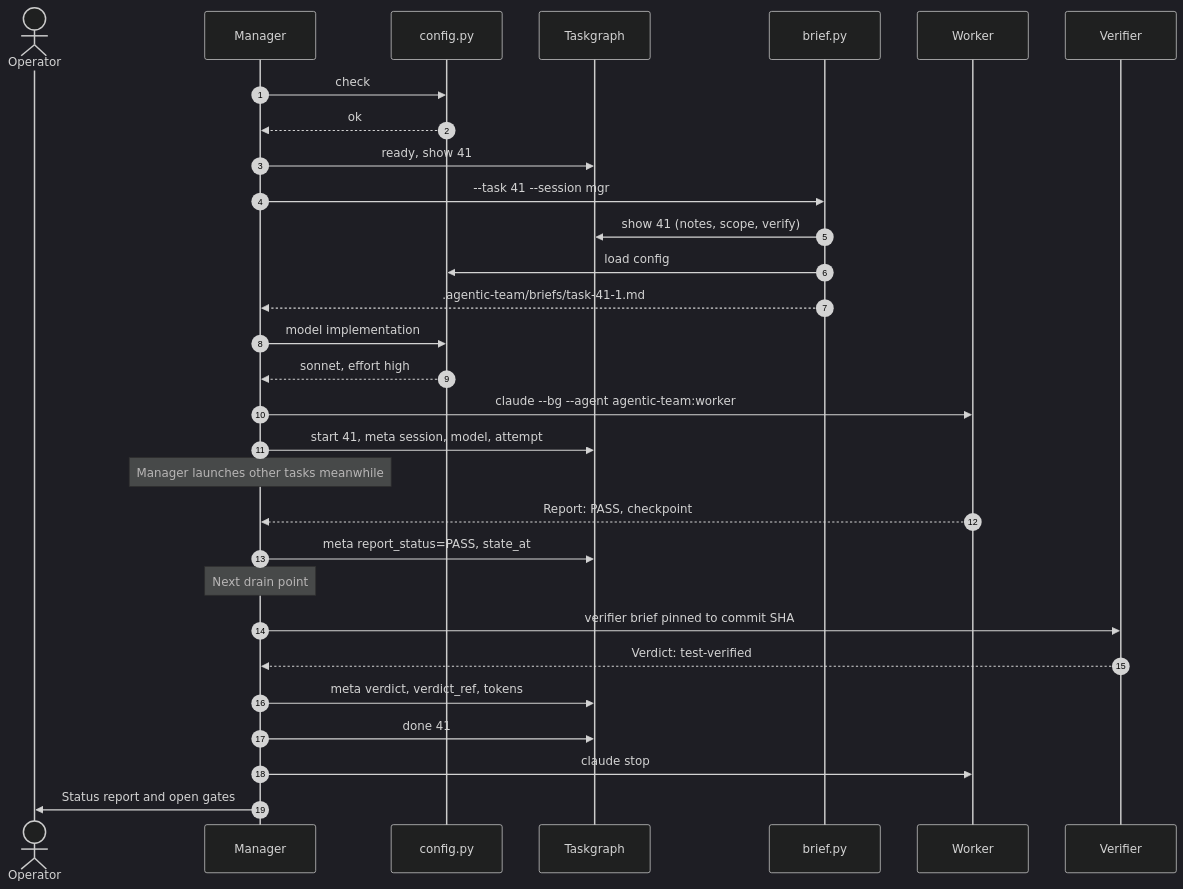
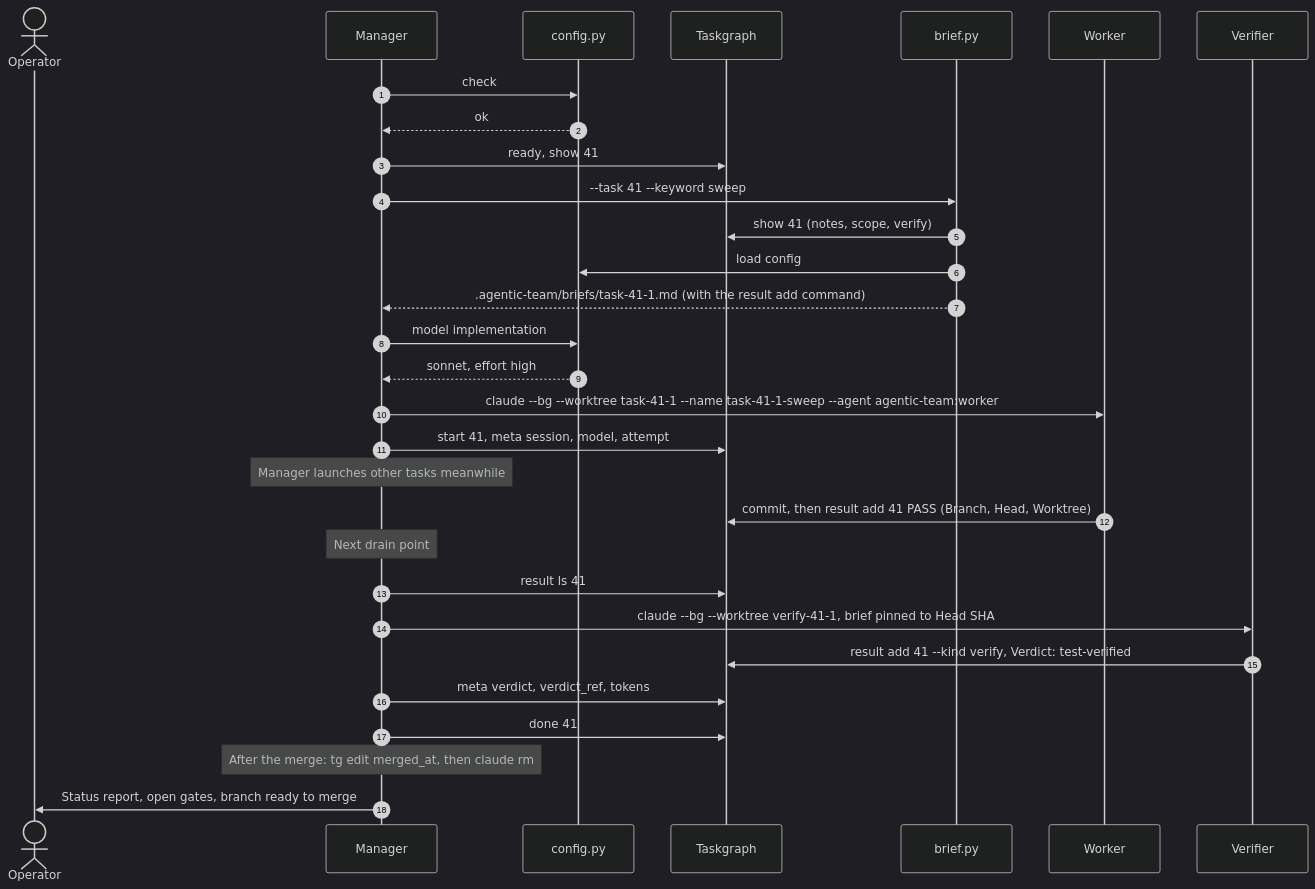
One commit to ronicayu/ronica-skills changed the diagram in plugins/agentic-team/assets/diagrams/sequence.mmd. Above: the diagram before and after it, drawn with Mermaid (dark theme). The commit also changed 35 other files, not shown here.

First line of the commit message:
agentic-team: isolate workers in worktrees, report through tg result (#12)

```diff
--- a/plugins/agentic-team/assets/diagrams/sequence.mmd
+++ b/plugins/agentic-team/assets/diagrams/sequence.mmd
@@ -1,31 +1,31 @@
 sequenceDiagram
   autonumber
   actor OP as Operator
   participant M as Manager
   participant C as config.py
   participant TG as Taskgraph
   participant B as brief.py
   participant W as Worker
   participant V as Verifier
 
   M->>C: check
   C-->>M: ok
   M->>TG: ready, show 41
-  M->>B: --task 41 --session mgr
+  M->>B: --task 41 --keyword sweep
   B->>TG: show 41 (notes, scope, verify)
   B->>C: load config
-  B-->>M: .agentic-team/briefs/task-41-1.md
+  B-->>M: .agentic-team/briefs/task-41-1.md (with the result add command)
   M->>C: model implementation
   C-->>M: sonnet, effort high
-  M->>W: claude --bg --agent agentic-team:worker
+  M->>W: claude --bg --worktree task-41-1 --name task-41-1-sweep --agent agentic-team:worker
   M->>TG: start 41, meta session, model, attempt
   Note over M: Manager launches other tasks meanwhile
-  W-->>M: Report: PASS, checkpoint
-  M->>TG: meta report_status=PASS, state_at
+  W->>TG: commit, then result add 41 PASS (Branch, Head, Worktree)
   Note over M: Next drain point
-  M->>V: verifier brief pinned to commit SHA
-  V-->>M: Verdict: test-verified
+  M->>TG: result ls 41
+  M->>V: claude --bg --worktree verify-41-1, brief pinned to Head SHA
+  V->>TG: result add 41 --kind verify, Verdict: test-verified
   M->>TG: meta verdict, verdict_ref, tokens
   M->>TG: done 41
-  M->>W: claude stop
-  M->>OP: Status report and open gates
+  Note over M: After the merge: tg edit merged_at, then claude rm
+  M->>OP: Status report, open gates, branch ready to merge
```
